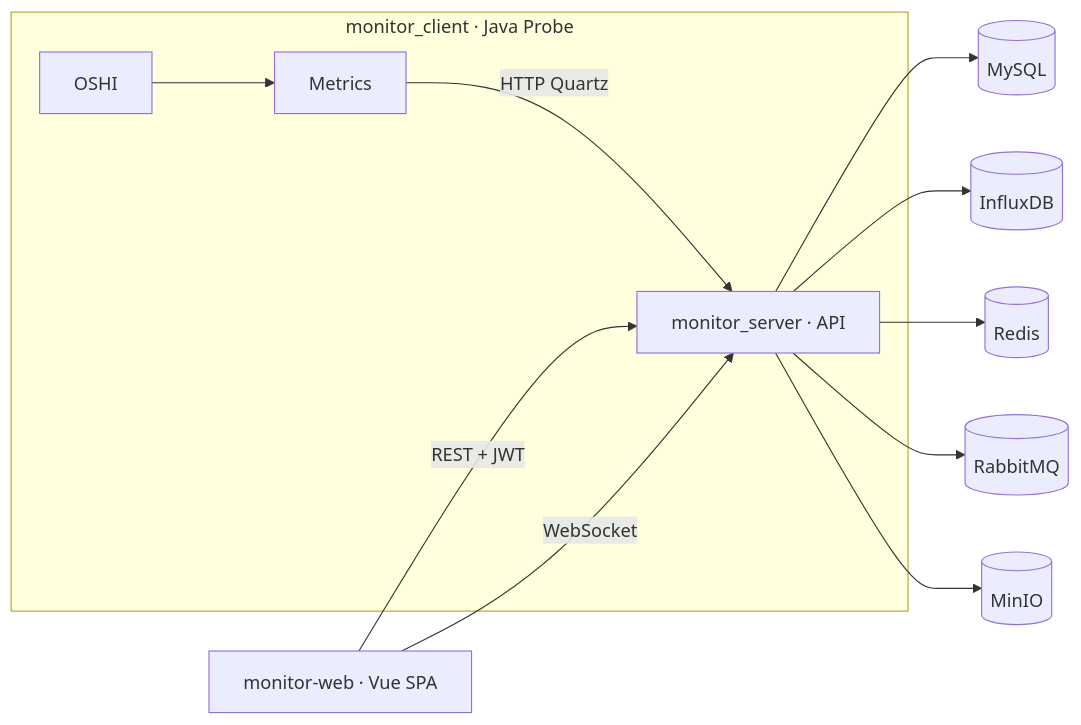
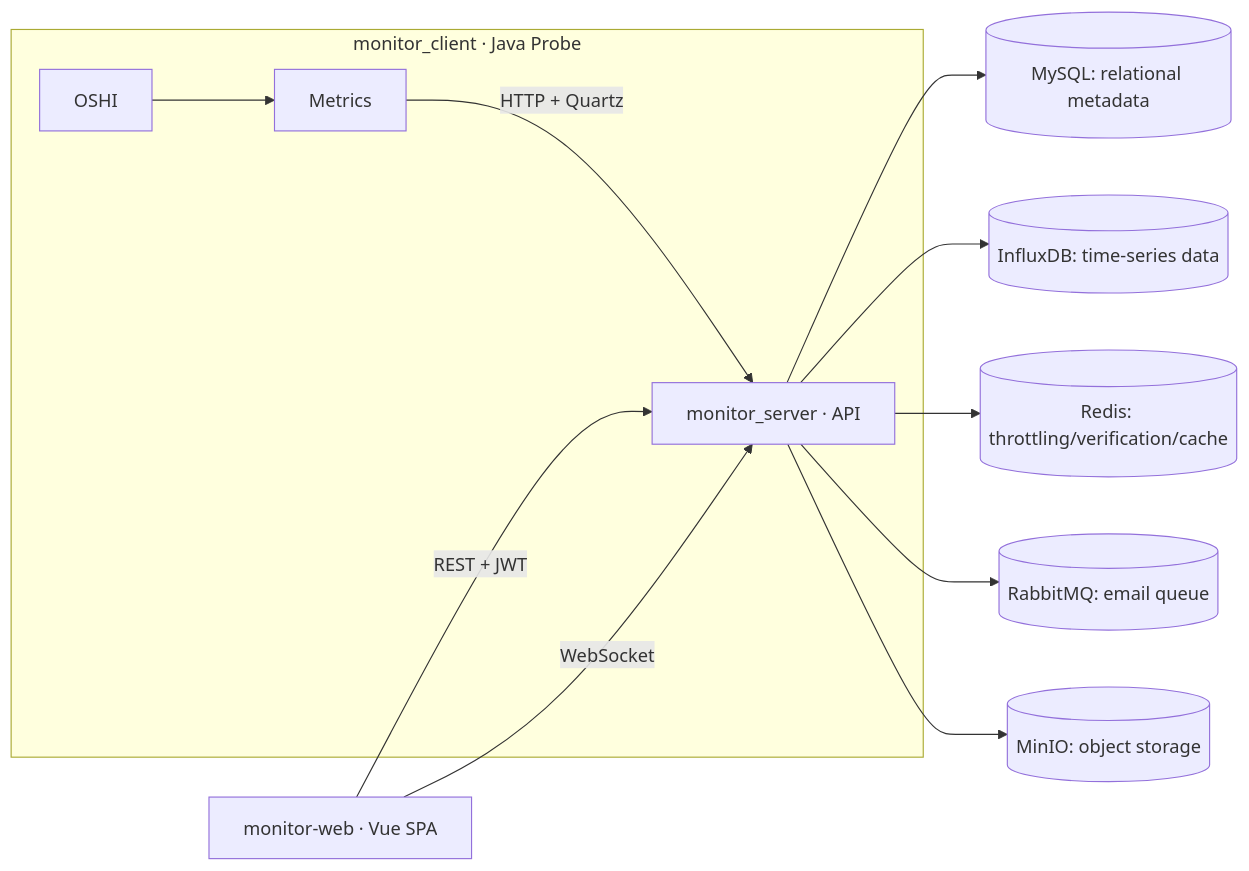
Before and after one commit to Zonglin-He/ServerOperationsMonitoringSystem: the diagram in README.md, drawn with Mermaid. The commit also changed other lines of this file, not shown here.

````diff
--- a/README.md
+++ b/README.md
@@ -20,16 +19,14 @@
 ```mermaid
 flowchart LR
   subgraph Client[monitor_client · Java Probe]
     OSHI --> Metrics
-    Metrics -->|HTTP Quartz| Server[monitor_server · API]
+    Metrics -->|HTTP + Quartz| Server[monitor_server · API]
   end
-
   Web[monitor-web · Vue SPA] -->|REST + JWT| Server
   Web -->|WebSocket| Server
-
-  Server --> MySQL[(MySQL)]
-  Server --> InfluxDB[(InfluxDB)]
-  Server --> Redis[(Redis)]
-  Server --> RabbitMQ[(RabbitMQ)]
-  Server --> MinIO[(MinIO)]
+  Server --> MySQL[(MySQL: relational metadata)]
+  Server --> InfluxDB[(InfluxDB: time-series data)]
+  Server --> Redis[(Redis: throttling/verification/cache)]
+  Server --> RabbitMQ[(RabbitMQ: email queue)]
+  Server --> MinIO[(MinIO: object storage)]
 ```
````
